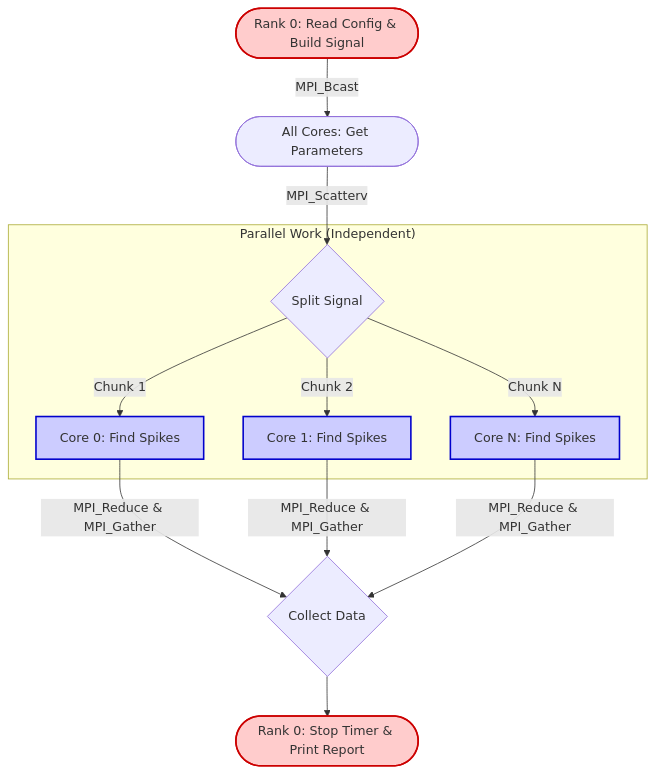
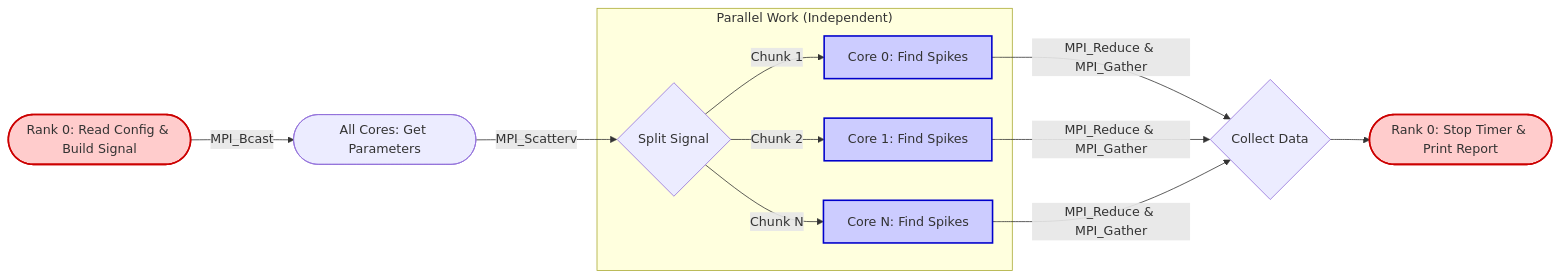
One commit to AndreaProzzo21/hpc-case-study changed the diagram in README.md. Above: the diagram before and after it, drawn with Mermaid.

Commit message:
fixed graph in readme

````diff
--- a/README.md
+++ b/README.md
@@ -44,28 +44,28 @@
 ```mermaid
-graph TD
+graph LR
     %% Initial Flow
     A([Rank 0: Read Config & Build Signal]) -->|MPI_Bcast| B([All Cores: Get Parameters])
     B -->|MPI_Scatterv| C{Split Signal}
     
     %% Parallel Computing Block
     subgraph "Parallel Work (Independent)"
         C -->|Chunk 1| W0[Core 0: Find Spikes]
         C -->|Chunk 2| W1[Core 1: Find Spikes]
         C -->|Chunk N| WN[Core N: Find Spikes]
     end
     
     %% Return Flow
     W0 -->|MPI_Reduce & MPI_Gather| D{Collect Data}
     W1 -->|MPI_Reduce & MPI_Gather| D
     WN -->|MPI_Reduce & MPI_Gather| D
     
     %% Conclusion
     D --> E([Rank 0: Stop Timer & Print Report])
     
     %% Styles
     classDef master fill:#ffcccc,stroke:#cc0000,stroke-width:2px;
     classDef worker fill:#ccccff,stroke:#0000cc,stroke-width:2px;
     class A,E master;
     class W0,W1,WN worker;
 
 ```
````
